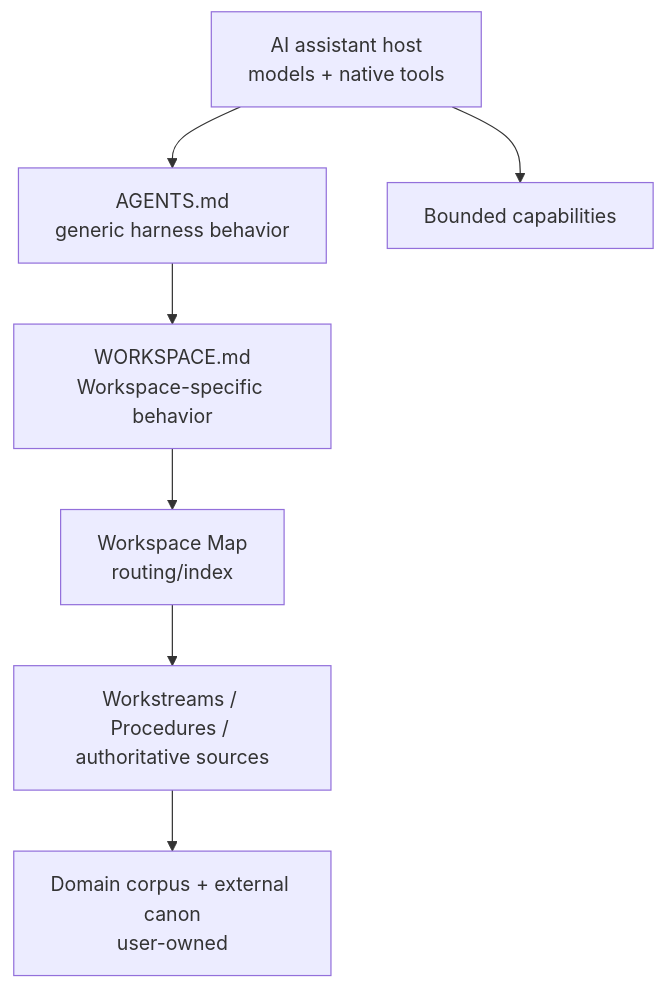
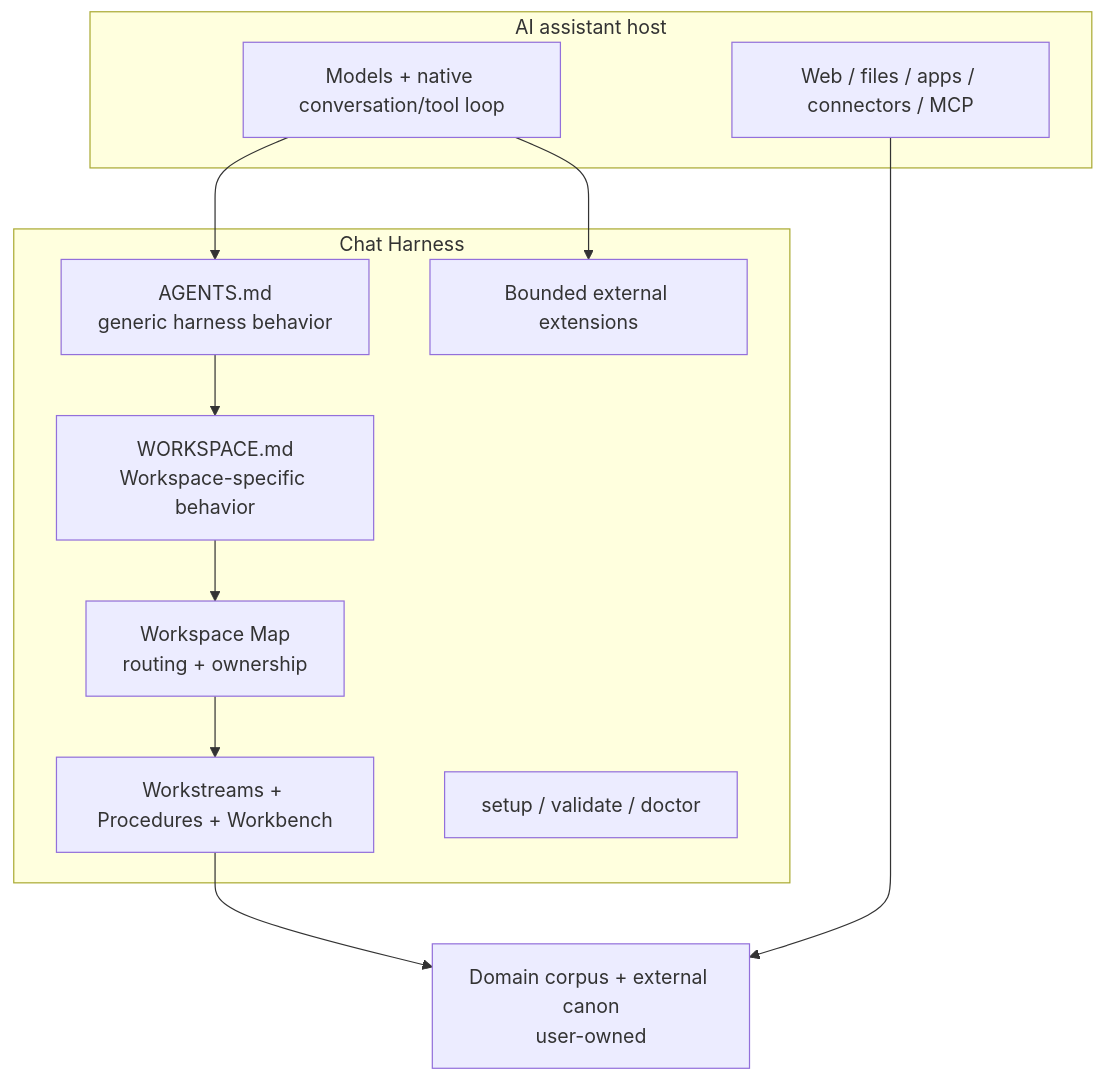
The diagram in docs/architecture.md (carlosboeing/chat-harness), drawn with Mermaid before and after one commit. The commit also changed other lines of this file and 7 other files, not shown here.

````diff
--- a/docs/architecture.md
+++ b/docs/architecture.md
@@ -7,9 +9,24 @@
 ```mermaid
 flowchart TB
-    H["AI assistant host<br/>models + native tools"] --> A["AGENTS.md<br/>generic harness behavior"]
-    A --> W["WORKSPACE.md<br/>Workspace-specific behavior"]
-    W --> M["Workspace Map<br/>routing/index"]
-    M --> S["Workstreams / Procedures / authoritative sources"]
-    S --> O["Domain corpus + external canon<br/>user-owned"]
-    H --> C["Bounded capabilities"]
+    subgraph Host["AI assistant host"]
+      H["Models + native conversation/tool loop"]
+      N["Web / files / apps / connectors / MCP"]
+    end
+    subgraph Harness["Chat Harness"]
+      A["AGENTS.md<br/>generic harness behavior"]
+      W["WORKSPACE.md<br/>Workspace-specific behavior"]
+      M["Workspace Map<br/>routing + ownership"]
+      S["Workstreams + Procedures + Workbench"]
+      V["setup / validate / doctor"]
+      E["Bounded external extensions"]
+    end
+    C["Domain corpus + external canon<br/>user-owned"]
+
+    H --> A
+    A --> W
+    W --> M
+    M --> S
+    S --> C
+    N --> C
+    H --> E
 ```
````
